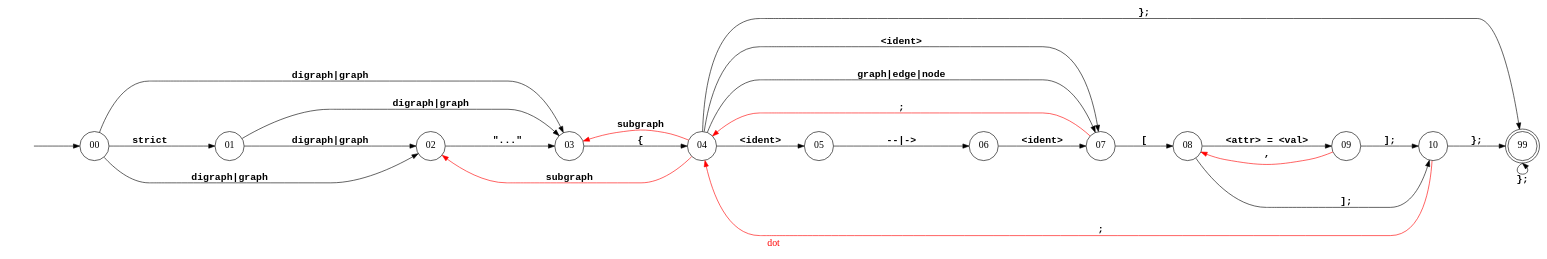
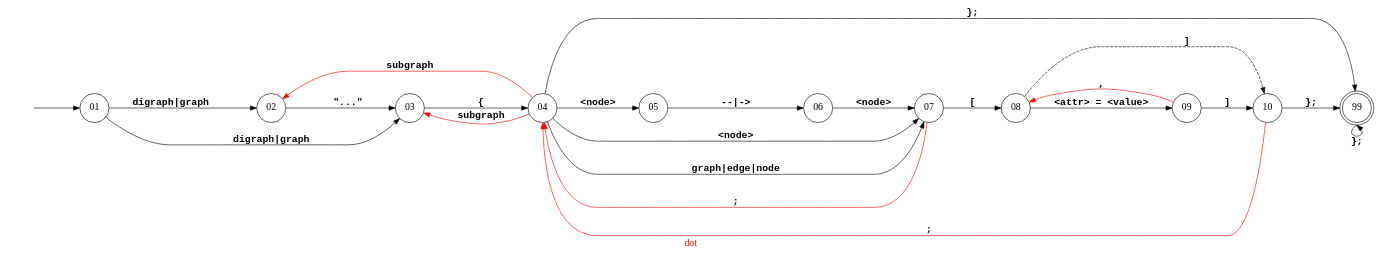
Before and after one commit to Ayyzee/dakota: the diagram in doc/dot.dot, drawn with Graphviz.

Commit message:
Minor cleanup.

```diff
--- a/doc/dot.dot
+++ b/doc/dot.dot
@@ -1,55 +1,52 @@
 // Copyright (C) 2007 - 2015 Robert Nielsen <robert@dakota.org>
 //
 // Licensed under the Apache License, Version 2.0 (the "License");
 // you may not use this file except in compliance with the License.
 // You may obtain a copy of the License at
 //
 //      http://www.apache.org/licenses/LICENSE-2.0
 //
 // Unless required by applicable law or agreed to in writing, software
 // distributed under the License is distributed on an "AS IS" BASIS,
 // WITHOUT WARRANTIES OR CONDITIONS OF ANY KIND, either express or implied.
 // See the License for the specific language governing permissions and
 // limitations under the License.
 
 digraph "dot"
 {
   graph [ rankdir = "LR",
           center = true,
           //size = "7.5,10", page = "8.5,11",
           ];
   graph [ label = "\G", fontcolor = red, fontsize = 16 ];
   node [ shape = circle, width = 0.6, fontsize = 16 ];
   //node [ label = "", width = 0.3 ]; // comment out this line if you want the node names displayed
 
   // on OS X/darwin it wants Courier-Bold and Courier-Oblique
   edge [ fontname = "Courier-Bold", minlen = 2, fontsize = 16, concentrate = true ];
   st [ label = "", style = invis ];
   99 [ shape = doublecircle ];
   
-  st -> 00;
-  00 -> 01 [ label = "strict", weight = 6 ];
-  00 -> 02 [ label = "digraph|graph" ];
-  00 -> 03 [ label = "digraph|graph" ];
+  st -> 01;
   01 -> 02 [ label = "digraph|graph", weight = 6 ];
   01 -> 03 [ label = "digraph|graph" ];
   02 -> 03 [ label = "\"...\"", weight = 6 ];
   03 -> 04 [ label = "{", weight = 6 ];
   04 -> 02 [ label = "subgraph", color = red ];
   04 -> 03 [ label = "subgraph", color = red ];
-  04 -> 05 [ label = "<ident>", weight = 6 ];
-  04 -> 07 [ label = "<ident>" ];
+  04 -> 05 [ label = "<node>", weight = 6 ];
+  04 -> 07 [ label = "<node>" ];
   04 -> 07 [ label = "graph|edge|node" ];
   04 -> 99 [ label = "};" ];
   05 -> 06 [ label = "--|->", weight = 6 ];
-  06 -> 07 [ label = "<ident>", weight = 6 ];
+  06 -> 07 [ label = "<node>", weight = 6 ];
   07 -> 04 [ label = ";", color = red ];
   07 -> 08 [ label = "[", weight = 6 ];
-  08 -> 09 [ label = "<attr> = <val>", weight = 6 ];
-  08 -> 10 [ label = "];" ];
+  08 -> 09 [ label = "<attr> = <value>", weight = 6 ];
+  08 -> 10 [ label = "]", style = dashed ];
   09 -> 08 [ label = ",", color = red ];
-  09 -> 10 [ label = "];", weight = 6 ];
+  09 -> 10 [ label = "]", weight = 6 ];
   10 -> 04 [ label = ";", color = red ];
   10 -> 99 [ label = "};", weight = 6 ];
   99 -> 99 [ label = "};", tailport = s, headport = s ];
 }
```
